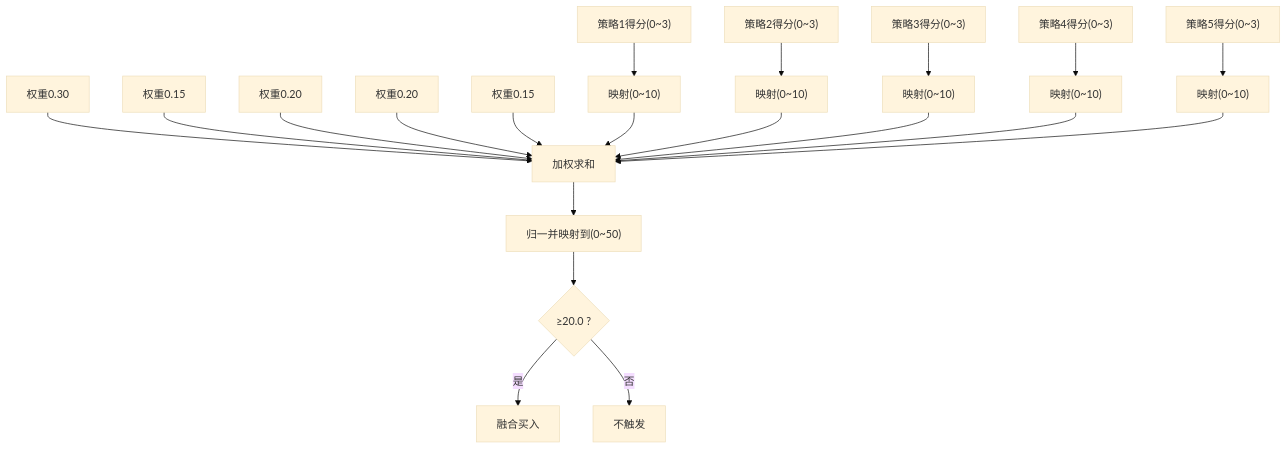
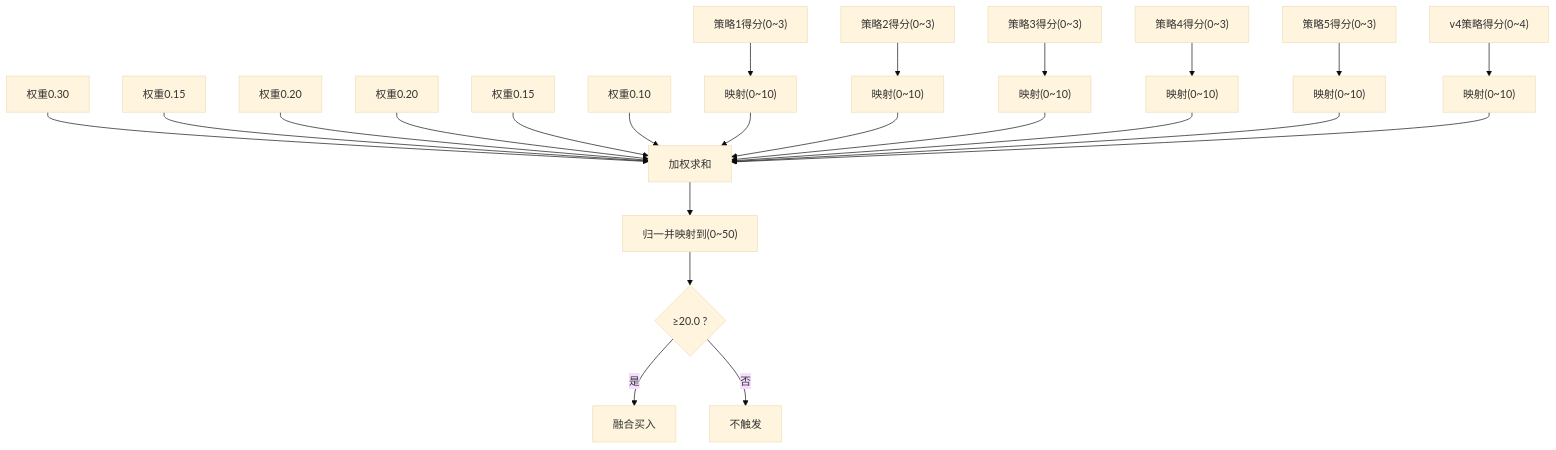
Before and after one commit to Magicer2024/AIQuant: the ninth of 10 diagrams in .qoder/repowiki/zh/content/项目概述/核心功能特性/多策略量化分析/多策略量化分析.md, drawn with Mermaid (base theme). The commit also changed other lines of this file and 62 other files, not shown here.

First line of the commit message:
refactor: migrate modules to 六部 ministries architecture

````diff
--- a/.qoder/repowiki/zh/content/项目概述/核心功能特性/多策略量化分析/多策略量化分析.md
+++ b/.qoder/repowiki/zh/content/项目概述/核心功能特性/多策略量化分析/多策略量化分析.md
@@ -348,22 +422,25 @@
 ```mermaid
 flowchart TD
 A["策略1得分(0~3)"] --> M1["映射(0~10)"]
 B["策略2得分(0~3)"] --> M2["映射(0~10)"]
 C["策略3得分(0~3)"] --> M3["映射(0~10)"]
 D["策略4得分(0~3)"] --> M4["映射(0~10)"]
 E["策略5得分(0~3)"] --> M5["映射(0~10)"]
+F["v4策略得分(0~4)"] --> M6["映射(0~10)"]
 W1["权重0.30"] --> SUM["加权求和"]
 W2["权重0.15"] --> SUM
 W3["权重0.20"] --> SUM
 W4["权重0.20"] --> SUM
 W5["权重0.15"] --> SUM
+W6["权重0.10"] --> SUM
 M1 --> SUM
 M2 --> SUM
 M3 --> SUM
 M4 --> SUM
 M5 --> SUM
+M6 --> SUM
 SUM --> NORM["归一并映射到(0~50)"]
 NORM --> TH{"≥20.0 ?"}
 TH --> |是| BUY["融合买入"]
 TH --> |否| HOLD["不触发"]
 ```
````
